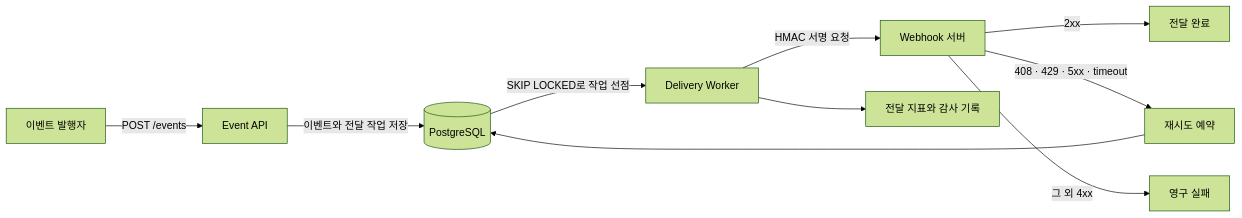
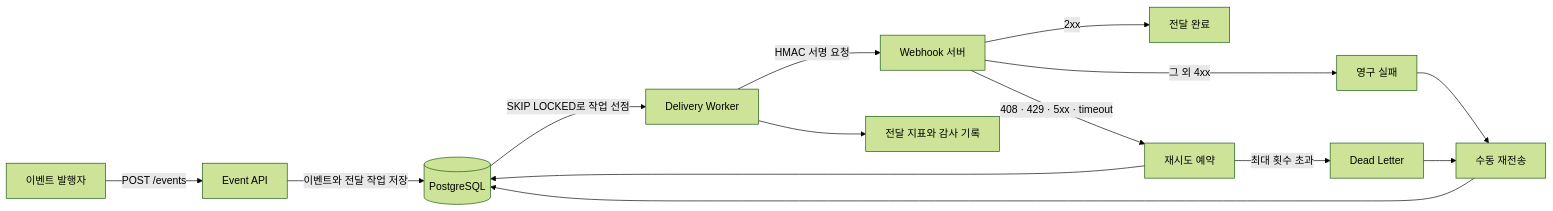
The diagram in README.md (sugowslt/Kotlin_Webhook_Platform), drawn with Mermaid (forest theme) before and after one commit. The commit also changed other lines of this file and 3 other files, not shown here.

````diff
--- a/README.md
+++ b/README.md
@@ -29,12 +30,16 @@
 ```mermaid
 flowchart LR
     Publisher["이벤트 발행자"] -->|"POST /events"| API["Event API"]
     API -->|"이벤트와 전달 작업 저장"| DB[("PostgreSQL")]
     DB -->|"SKIP LOCKED로 작업 선점"| Worker["Delivery Worker"]
     Worker -->|"HMAC 서명 요청"| Target["Webhook 서버"]
     Target -->|"2xx"| Success["전달 완료"]
     Target -->|"408 · 429 · 5xx · timeout"| Retry["재시도 예약"]
     Target -->|"그 외 4xx"| Failed["영구 실패"]
     Retry --> DB
+    Retry -->|"최대 횟수 초과"| DeadLetter["Dead Letter"]
+    Failed --> Manual["수동 재전송"]
+    DeadLetter --> Manual
+    Manual --> DB
     Worker --> Metrics["전달 지표와 감사 기록"]
 ```
````
